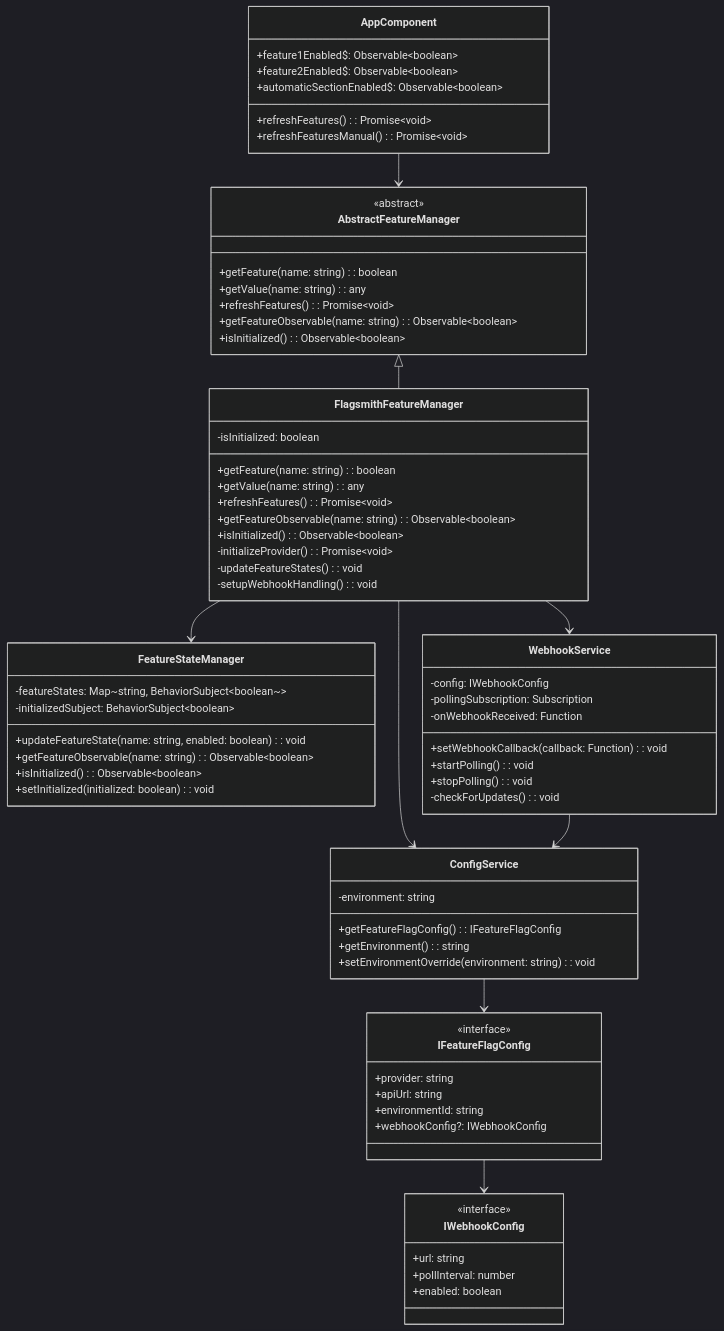
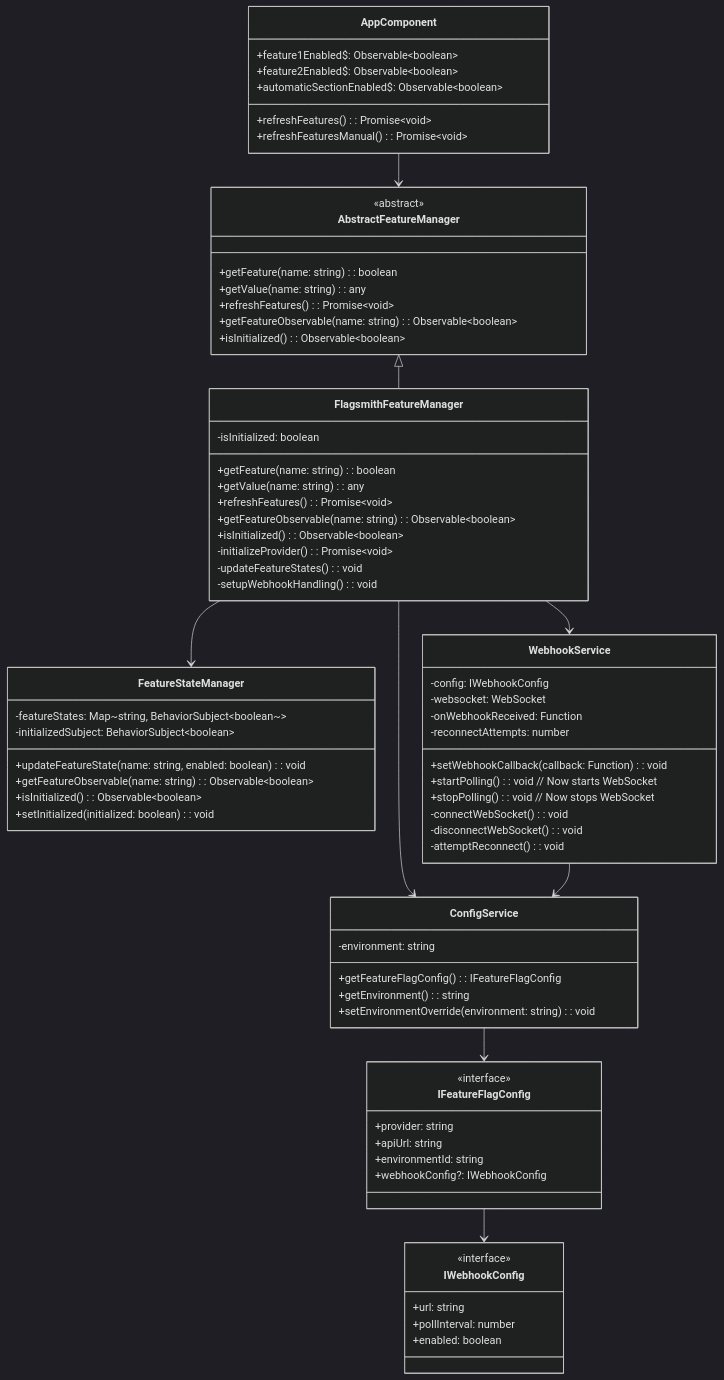
One commit to tse246/demoFlagsmith changed the third of 4 diagrams in feature-flag-flow.md. Above: the diagram before and after it, drawn with Mermaid (dark theme). The commit also changed other lines of this file, not shown here.

```diff
--- a/feature-flag-flow.md
+++ b/feature-flag-flow.md
@@ -147,12 +148,15 @@
     
     class WebhookService {
         -config: IWebhookConfig
-        -pollingSubscription: Subscription
+        -websocket: WebSocket
         -onWebhookReceived: Function
+        -reconnectAttempts: number
         +setWebhookCallback(callback: Function): void
-        +startPolling(): void
-        +stopPolling(): void
-        -checkForUpdates(): void
+        +startPolling(): void // Now starts WebSocket
+        +stopPolling(): void // Now stops WebSocket
+        -connectWebSocket(): void
+        -disconnectWebSocket(): void
+        -attemptReconnect(): void
     }
     
     class ConfigService {
```
